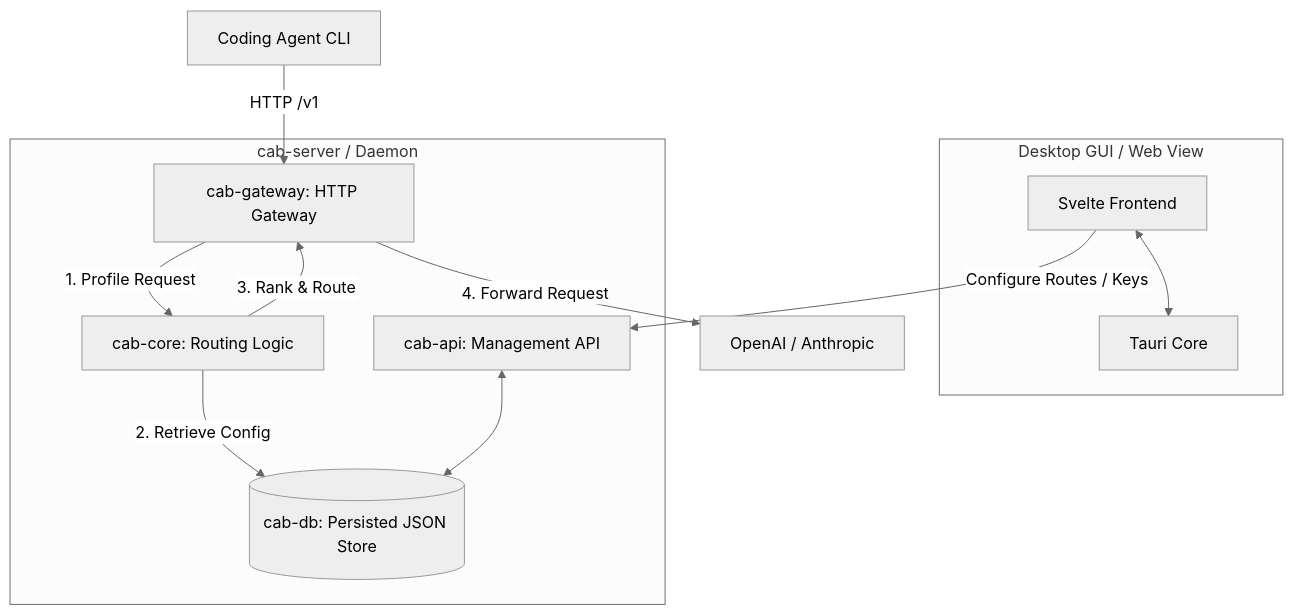
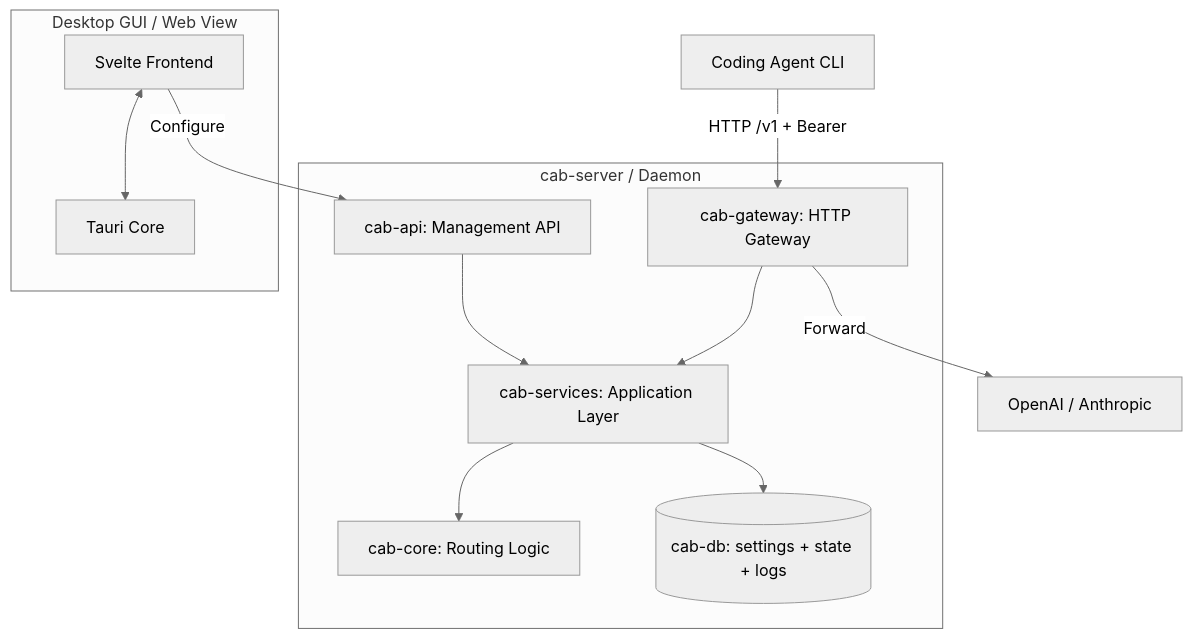
One commit to xiongdi/cab changed the diagram in README.md. Above: the diagram before and after it, drawn with Mermaid (neutral theme). The commit also changed other lines of this file and 94 other files, not shown here.

First line of the commit message:
release: v0.2.0 architecture evolution with persistence, auth, and routing explain

````diff
--- a/README.md
+++ b/README.md
@@ -21,21 +21,22 @@
 ```mermaid
 graph TD
     subgraph Frontend [Desktop GUI / Web View]
         Svelte[Svelte Frontend] <--> Tauri[Tauri Core]
     end
 
     subgraph Backend [cab-server / Daemon]
         API[cab-api: Management API]
         Gateway[cab-gateway: HTTP Gateway]
-        DB[(cab-db: Persisted JSON Store)]
+        Services[cab-services: Application Layer]
+        DB[(cab-db: settings + state + logs)]
         Core[cab-core: Routing Logic]
     end
 
-    AgentCLI[Coding Agent CLI] -- "HTTP /v1" --> Gateway
-    Gateway -- "1. Profile Request" --> Core
-    Core -- "2. Retrieve Config" --> DB
-    Core -- "3. Rank & Route" --> Gateway
-    Gateway -- "4. Forward Request" --> LLM[OpenAI / Anthropic]
-    Svelte -- "Configure Routes / Keys" --> API
-    API <--> DB
+    AgentCLI[Coding Agent CLI] -- "HTTP /v1 + Bearer" --> Gateway
+    Gateway --> Services
+    Services --> Core
+    Services --> DB
+    Gateway -- "Forward" --> LLM[OpenAI / Anthropic]
+    Svelte -- "Configure" --> API
+    API --> Services
 ```
````
